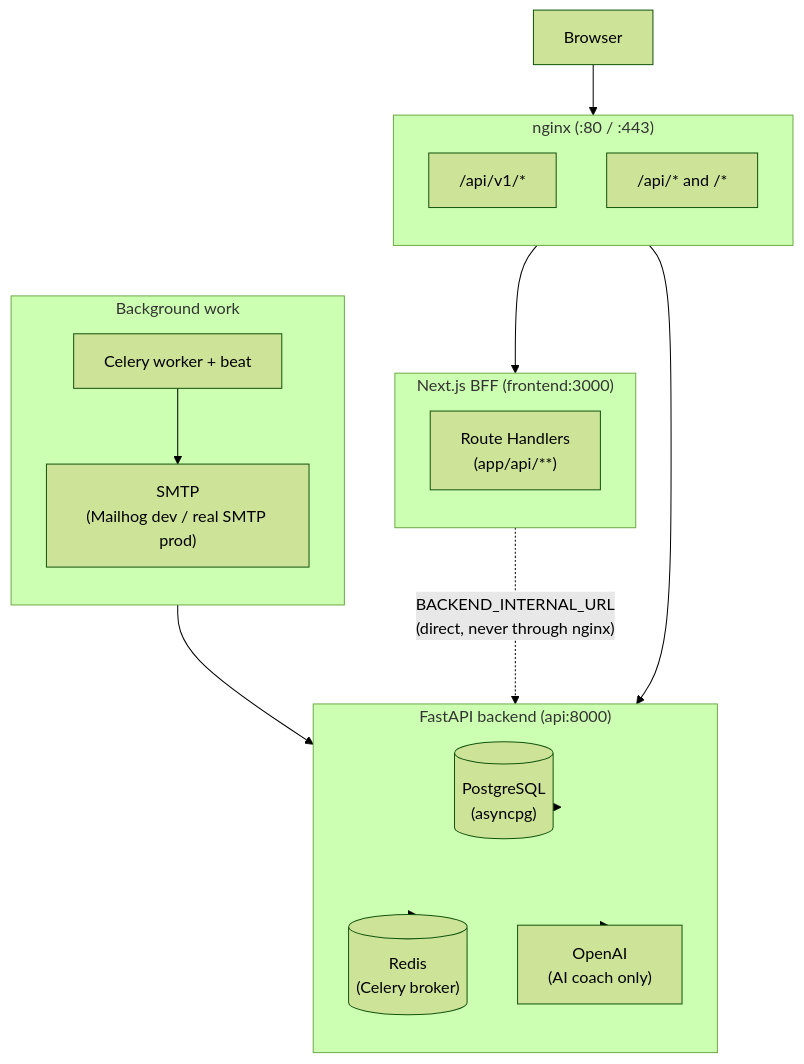
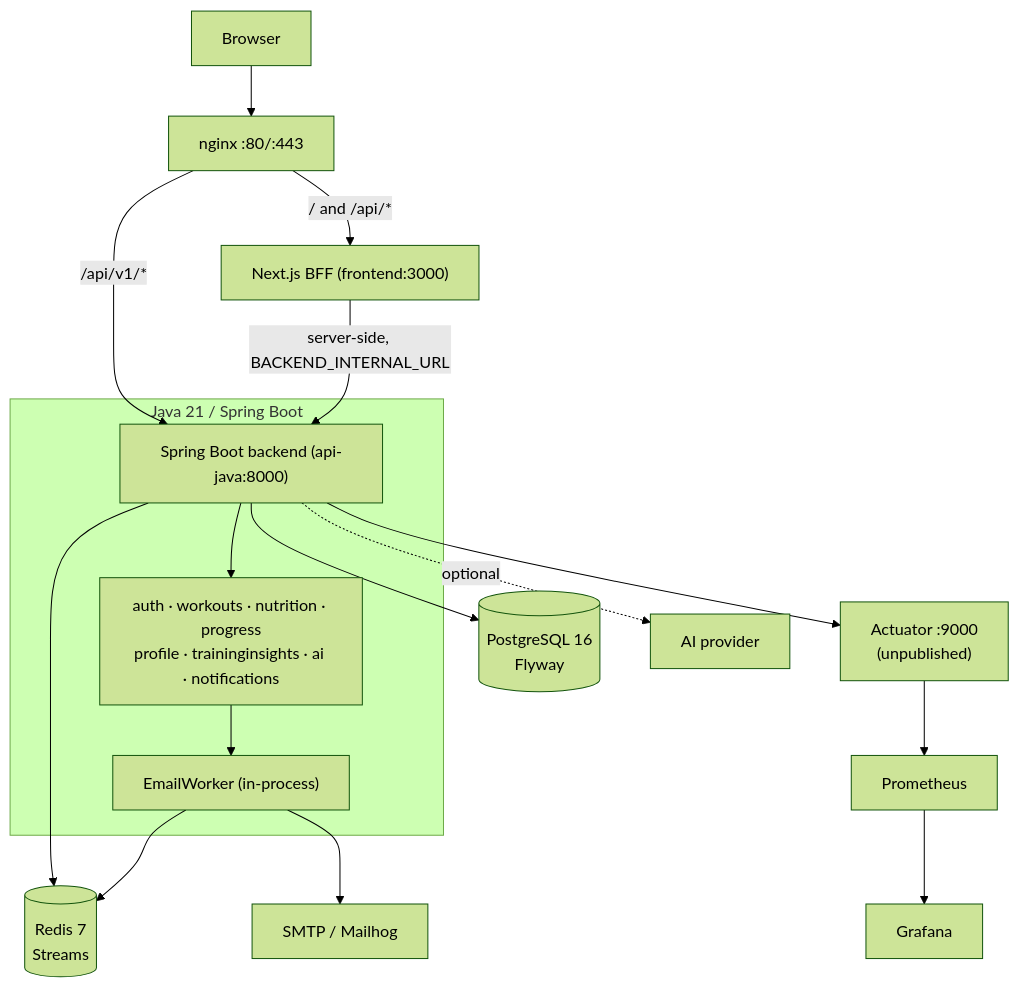
The first of 2 diagrams in docs/architecture.md (shirisha456/Fitness_Tracker), drawn with Mermaid (forest theme) before and after one commit. The commit also changed other lines of this file and 242 other files, not shown here.

First line of the commit message:
chore!: remove the Python backend, making the repository Java-only

````diff
--- a/docs/architecture.md
+++ b/docs/architecture.md
@@ -9,38 +9,20 @@
 ```mermaid
-flowchart TB
-    Browser["Browser"]
+flowchart TD
+    Browser --> Nginx["nginx :80/:443"]
+    Nginx -->|"/api/v1/*"| Api["Spring Boot backend (api-java:8000)"]
+    Nginx -->|"/ and /api/*"| Web["Next.js BFF (frontend:3000)"]
+    Web -->|"server-side, BACKEND_INTERNAL_URL"| Api
 
-    subgraph Edge["nginx (:80 / :443)"]
-        direction TB
-        RouteV1["/api/v1/* "]
-        RouteBFF["/api/* and /*"]
+    subgraph Backend["Java 21 / Spring Boot"]
+        Api --> Modules["auth · workouts · nutrition · progress<br/>profile · traininginsights · ai · notifications"]
+        Modules --> Worker["EmailWorker (in-process)"]
     end
 
-    subgraph Backend["FastAPI backend (api:8000)"]
-        direction TB
-        Postgres[("PostgreSQL\n(asyncpg)")]
-        Redis[("Redis\n(Celery broker)")]
-        OpenAI["OpenAI\n(AI coach only)"]
-    end
-
-    subgraph Frontend["Next.js BFF (frontend:3000)"]
-        direction TB
-        RouteHandlers["Route Handlers\n(app/api/**)"]
-    end
-
-    subgraph Async["Background work"]
-        direction TB
-        Worker["Celery worker + beat"]
-        SMTP["SMTP\n(Mailhog dev / real SMTP prod)"]
-    end
-
-    Browser --> Edge
-    RouteV1 --> Backend
-    RouteBFF --> Frontend
-    Backend --> Postgres
-    Backend --> Redis
-    Backend --> OpenAI
-    RouteHandlers -. "BACKEND_INTERNAL_URL\n(direct, never through nginx)" .-> Backend
+    Api --> Pg[("PostgreSQL 16<br/>Flyway")]
+    Api --> Redis[("Redis 7<br/>Streams")]
     Worker --> Redis
-    Worker --> SMTP
+    Worker --> Smtp["SMTP / Mailhog"]
+    Api -.->|optional| Ai["AI provider"]
+    Api --> Actuator["Actuator :9000<br/>(unpublished)"]
+    Actuator --> Prom["Prometheus"] --> Graf["Grafana"]
 ```
````
